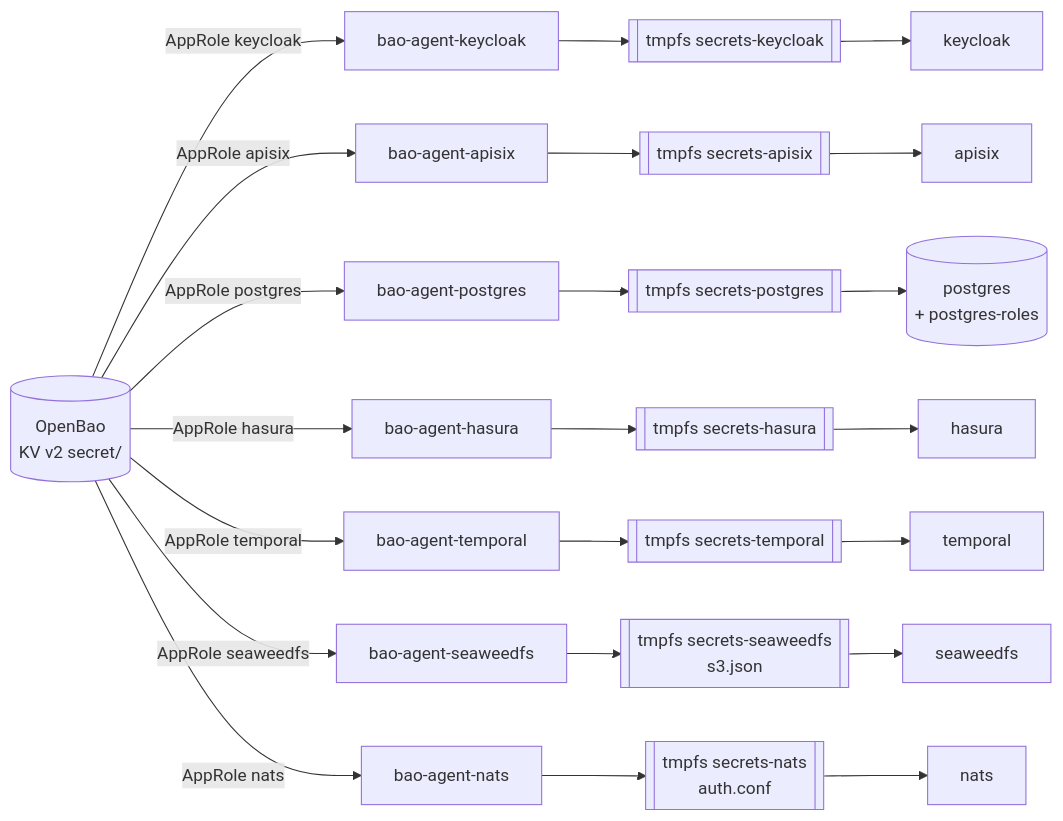
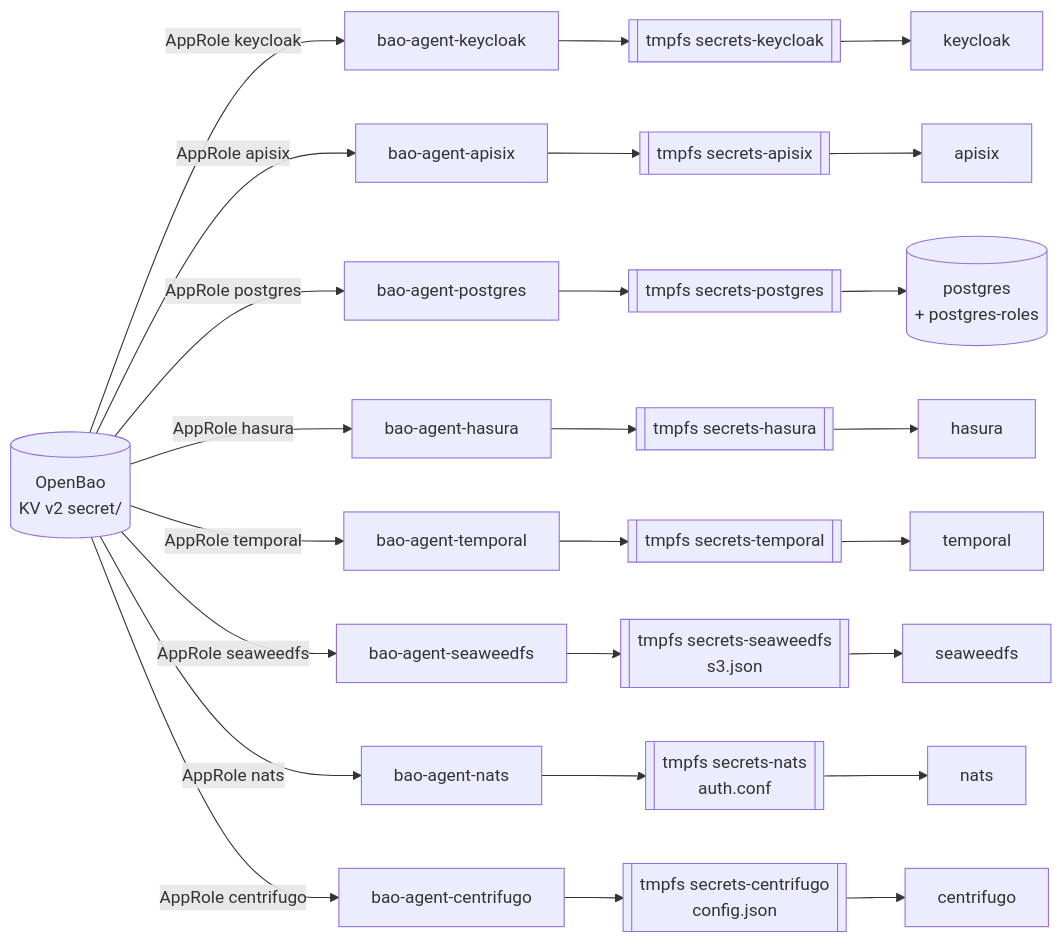
One commit to disaster-dxos/disaster-dxos changed diagram 14 of 15 in docs/architecture.md. Above: the diagram before and after it, drawn with Mermaid. The commit also changed other lines of this file and 38 other files, not shown here.

````diff
--- a/docs/architecture.md
+++ b/docs/architecture.md
@@ -689,11 +736,12 @@
 ```mermaid
 flowchart LR
   BAO[("OpenBao<br/>KV v2 secret/")]
   BAO -->|"AppRole keycloak"| AK["bao-agent-keycloak"] --> VK[["tmpfs secrets-keycloak"]] --> KC["keycloak"]
   BAO -->|"AppRole apisix"| AA["bao-agent-apisix"] --> VA[["tmpfs secrets-apisix"]] --> GW["apisix"]
   BAO -->|"AppRole postgres"| AP["bao-agent-postgres"] --> VP[["tmpfs secrets-postgres"]] --> PG[("postgres<br/>+ postgres-roles")]
   BAO -->|"AppRole hasura"| AH["bao-agent-hasura"] --> VH[["tmpfs secrets-hasura"]] --> HS["hasura"]
   BAO -->|"AppRole temporal"| AT["bao-agent-temporal"] --> VT[["tmpfs secrets-temporal"]] --> TP["temporal"]
   BAO -->|"AppRole seaweedfs"| AS["bao-agent-seaweedfs"] --> VS[["tmpfs secrets-seaweedfs<br/>s3.json"]] --> SW["seaweedfs"]
   BAO -->|"AppRole nats"| AN["bao-agent-nats"] --> VN[["tmpfs secrets-nats<br/>auth.conf"]] --> NT["nats"]
+  BAO -->|"AppRole centrifugo"| AC["bao-agent-centrifugo"] --> VC[["tmpfs secrets-centrifugo<br/>config.json"]] --> CF["centrifugo"]
 ```
````
